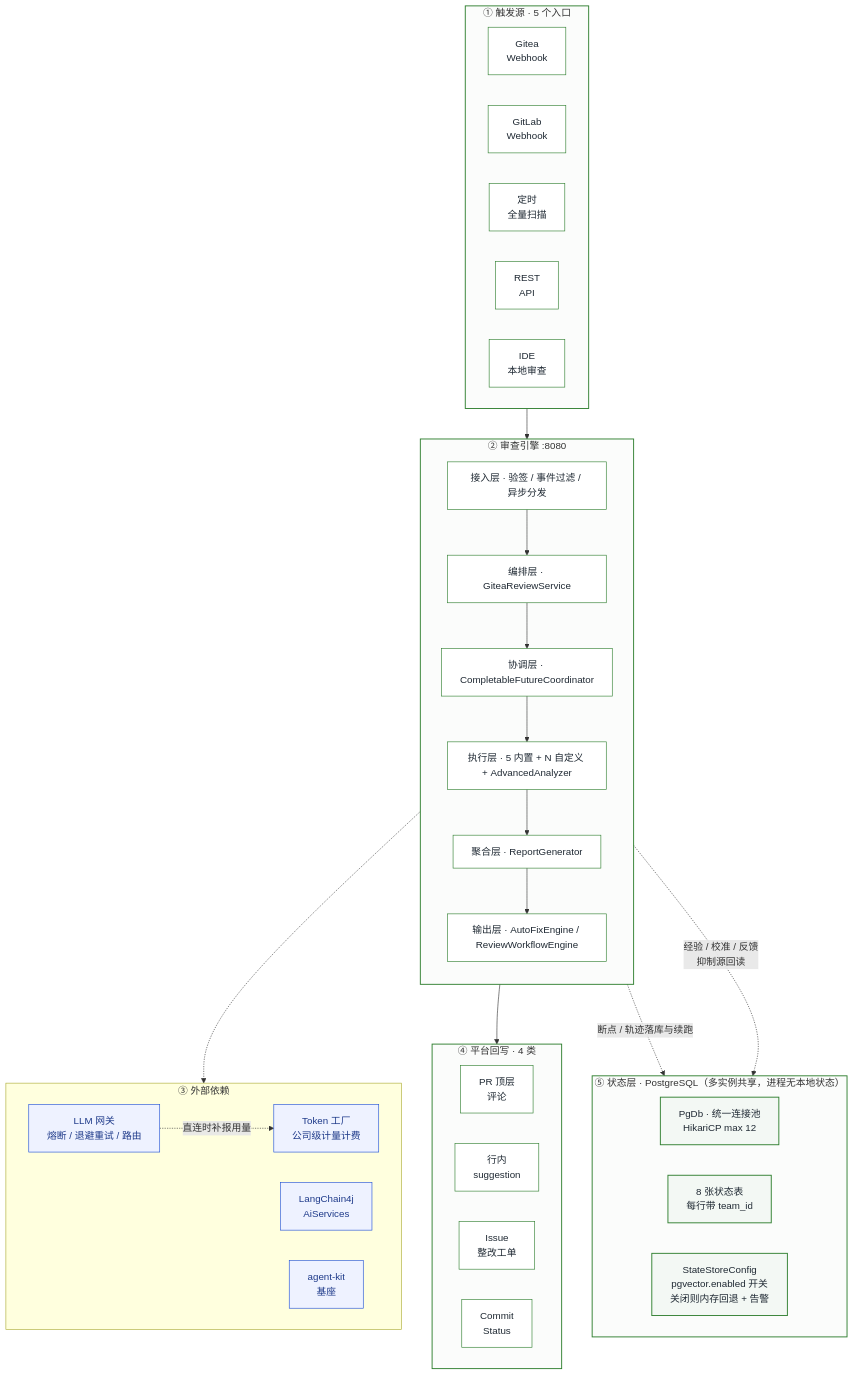
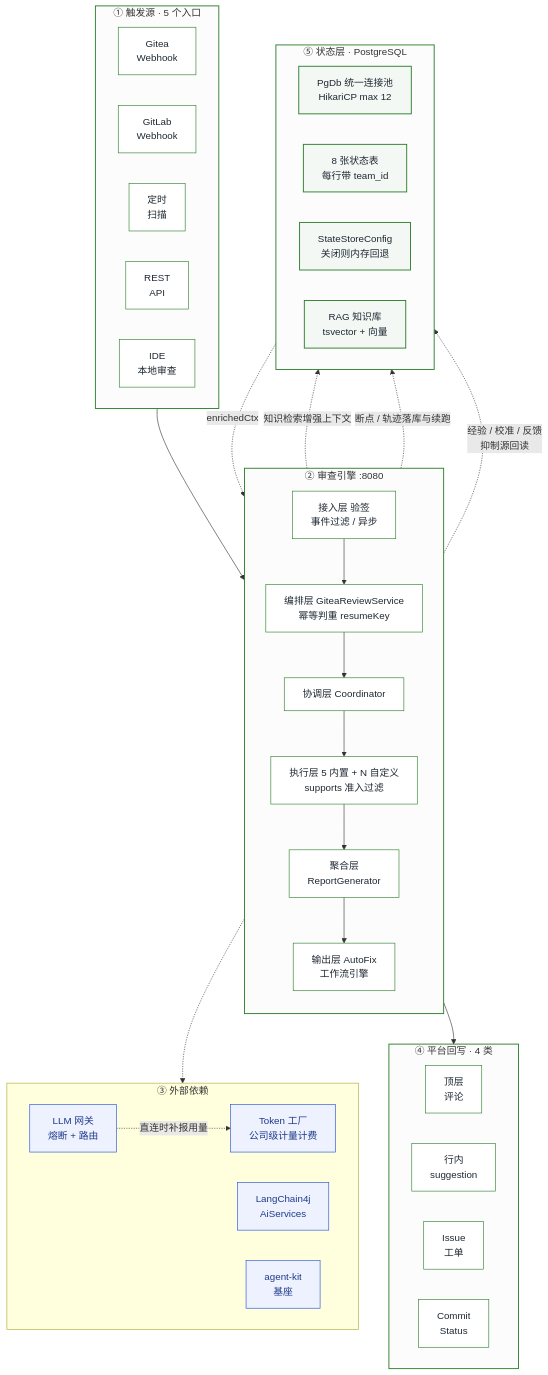
One commit to 13liyunfei/code-review-agent changed the first of 16 diagrams in docs/business-flow.md. Above: the diagram before and after it, drawn with Mermaid. The commit also changed other lines of this file and 14 other files, not shown here.

First line of the commit message:
docs: 图集同步 RAG 加固 / SCA 真实库 / 记忆读侧闭环（13 → 16 张）

````diff
--- a/docs/business-flow.md
+++ b/docs/business-flow.md
@@ -37,61 +42,64 @@
 ```mermaid
 flowchart TD
     subgraph SRC["① 触发源 · 5 个入口"]
         direction LR
         S1["Gitea<br/>Webhook"]
         S2["GitLab<br/>Webhook"]
-        S3["定时<br/>全量扫描"]
+        S3["定时<br/>扫描"]
         S4["REST<br/>API"]
         S5["IDE<br/>本地审查"]
     end
 
     subgraph ENG["② 审查引擎 :8080"]
         direction TB
-        E1["接入层 · 验签 / 事件过滤 / 异步分发"]
-        E2["编排层 · GiteaReviewService"]
-        E3["协调层 · CompletableFutureCoordinator"]
-        E4["执行层 · 5 内置 + N 自定义 + AdvancedAnalyzer"]
-        E5["聚合层 · ReportGenerator"]
-        E6["输出层 · AutoFixEngine / ReviewWorkflowEngine"]
+        E1["接入层 验签<br/>事件过滤 / 异步"]
+        E2["编排层 GiteaReviewService<br/>幂等判重 resumeKey"]
+        E3["协调层 Coordinator"]
+        E4["执行层 5 内置 + N 自定义<br/>supports 准入过滤"]
+        E5["聚合层<br/>ReportGenerator"]
+        E6["输出层 AutoFix<br/>工作流引擎"]
         E1 --> E2 --> E3 --> E4 --> E5 --> E6
     end
 
     subgraph EXT["③ 外部依赖"]
         direction LR
-        X1["LLM 网关<br/>熔断 / 退避重试 / 路由"]
+        X1["LLM 网关<br/>熔断 + 路由"]
         X2["LangChain4j<br/>AiServices"]
         X3["agent-kit<br/>基座"]
         X4["Token 工厂<br/>公司级计量计费"]
     end
 
     subgraph OUT["④ 平台回写 · 4 类"]
         direction LR
-        O1["PR 顶层<br/>评论"]
+        O1["顶层<br/>评论"]
         O2["行内<br/>suggestion"]
-        O3["Issue<br/>整改工单"]
+        O3["Issue<br/>工单"]
         O4["Commit<br/>Status"]
     end
 
-    subgraph STATE["⑤ 状态层 · PostgreSQL（多实例共享，进程无本地状态）"]
+    subgraph STATE["⑤ 状态层 · PostgreSQL"]
         direction LR
-        T1["PgDb · 统一连接池<br/>HikariCP max 12"]
+        T1["PgDb 统一连接池<br/>HikariCP max 12"]
         T2["8 张状态表<br/>每行带 team_id"]
-        T3["StateStoreConfig<br/>pgvector.enabled 开关<br/>关闭则内存回退 + 告警"]
+        T3["StateStoreConfig<br/>关闭则内存回退"]
+        T4["RAG 知识库<br/>tsvector + 向量"]
     end
 
     SRC --> E1
     E4 -.-> EXT
     X1 -.->|"直连时补报用量"| X4
     E6 --> OUT
     E3 -.->|"断点 / 轨迹落库与续跑"| STATE
     E4 -.->|"经验 / 校准 / 反馈<br/>抑制源回读"| STATE
+    E3 -.->|"知识检索增强上下文"| T4
+    T4 -.->|"enrichedCtx"| E4
 
     classDef grp fill:#FBFCFB,stroke:#2c7d2c,stroke-width:1.5px;
     classDef n fill:#FFFFFF,stroke:#2c7d2c,stroke-width:1px,color:#1f2933;
     classDef ext fill:#EEF2FF,stroke:#1d4ed8,stroke-width:1px,color:#1e3a8a;
     classDef store fill:#F3F8F4,stroke:#2c7d2c,stroke-width:1.5px,color:#1f2933;
     class SRC,ENG,OUT,STATE grp;
     class S1,S2,S3,S4,S5,E1,E2,E3,E4,E5,E6,O1,O2,O3,O4 n;
     class X1,X2,X3,X4 ext;
-    class T1,T2,T3 store;
+    class T1,T2,T3,T4 store;
 ```
````
